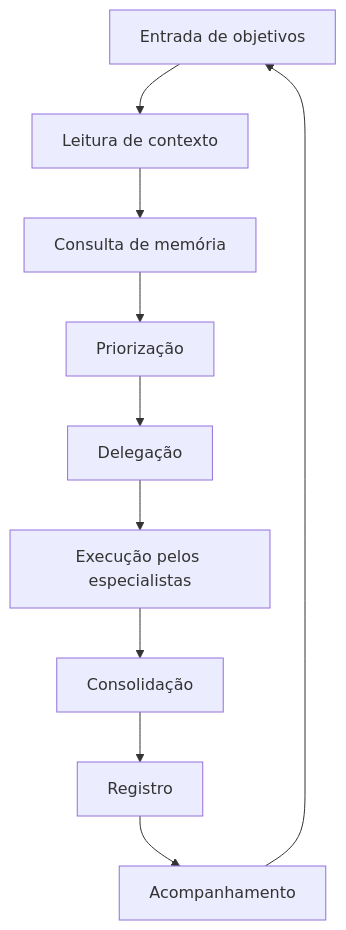
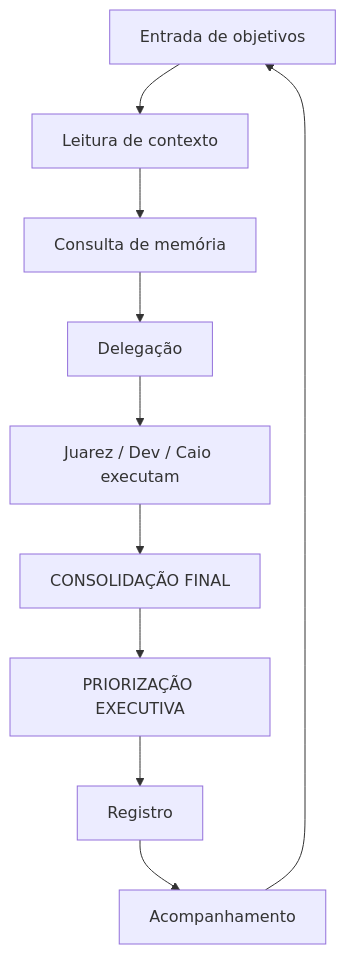
The diagram in workflows/pipeline_operacional.md (vitorolivjj/Laboratorio), drawn with Mermaid before and after one commit. The commit also changed other lines of this file and 7 other files, not shown here.

Commit message:
Refinar consolidação executiva do Ronaldo Maestro

````diff
--- a/workflows/pipeline_operacional.md
+++ b/workflows/pipeline_operacional.md
@@ -13,12 +13,12 @@
 ```mermaid
 flowchart TD
   A[Entrada de objetivos] --> B[Leitura de contexto]
   B --> C[Consulta de memória]
-  C --> D[Priorização]
-  D --> E[Delegação]
-  E --> F[Execução pelos especialistas]
-  F --> G[Consolidação]
+  C --> D[Delegação]
+  D --> E[Juarez / Dev / Caio executam]
+  E --> F[CONSOLIDAÇÃO FINAL]
+  F --> G[PRIORIZAÇÃO EXECUTIVA]
   G --> H[Registro]
   H --> I[Acompanhamento]
   I --> A
 ```
````
